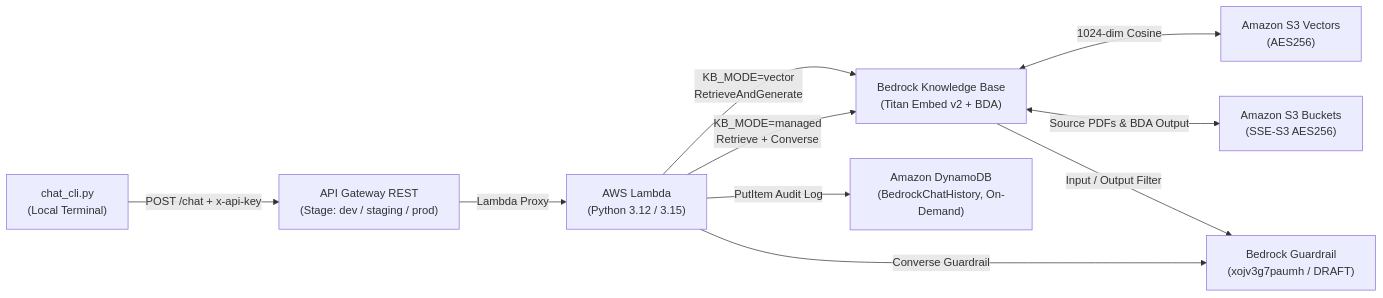
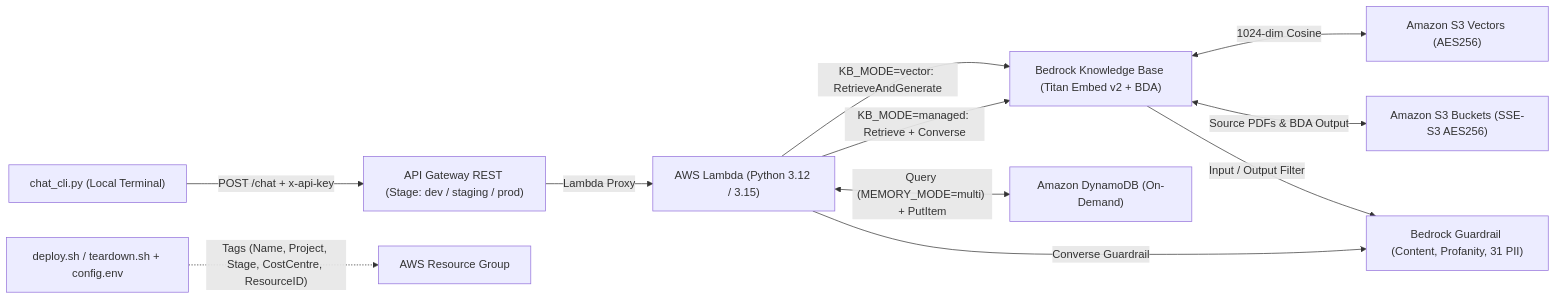
The diagram in docs/ARCHITECTURE.md (revhawk/AWS_Chatbot_experiment), drawn with Mermaid before and after one commit. The commit also changed 1 other file, not shown here.

Commit message:
Update Mermaid architecture diagram in ARCHITECTURE.md and add to README.md

````diff
--- a/docs/ARCHITECTURE.md
+++ b/docs/ARCHITECTURE.md
@@ -19,14 +19,16 @@
 ```mermaid
 flowchart LR
-    CLI["chat_cli.py<br/>(Local Terminal)"] -->|"POST /chat + x-api-key"| APIGW["API Gateway REST<br/>(Stage: dev / staging / prod)"]
-    APIGW -->|"Lambda Proxy"| LAMBDA["AWS Lambda<br/>(Python 3.12 / 3.15)"]
+    CLI["chat_cli.py (Local Terminal)"] -->|"POST /chat + x-api-key"| APIGW["API Gateway REST (Stage: dev / staging / prod)"]
+    APIGW -->|"Lambda Proxy"| LAMBDA["AWS Lambda (Python 3.12 / 3.15)"]
 
-    LAMBDA -->|"KB_MODE=vector<br/>RetrieveAndGenerate"| KB["Bedrock Knowledge Base<br/>(Titan Embed v2 + BDA)"]
-    LAMBDA -->|"KB_MODE=managed<br/>Retrieve + Converse"| KB
+    LAMBDA -->|"KB_MODE=vector: RetrieveAndGenerate"| KB["Bedrock Knowledge Base (Titan Embed v2 + BDA)"]
+    LAMBDA -->|"KB_MODE=managed: Retrieve + Converse"| KB
 
-    KB <-->|"1024-dim Cosine"| VEC["Amazon S3 Vectors<br/>(AES256)"]
-    KB <-->|"Source PDFs & BDA Output"| S3["Amazon S3 Buckets<br/>(SSE-S3 AES256)"]
-    KB -->|"Input / Output Filter"| GR["Bedrock Guardrail<br/>(xojv3g7paumh / DRAFT)"]
+    KB <-->|"1024-dim Cosine"| VEC["Amazon S3 Vectors (AES256)"]
+    KB <-->|"Source PDFs & BDA Output"| S3["Amazon S3 Buckets (SSE-S3 AES256)"]
+    KB -->|"Input / Output Filter"| GR["Bedrock Guardrail (Content, Profanity, 31 PII)"]
     LAMBDA -->|"Converse Guardrail"| GR
-    LAMBDA -->|"PutItem Audit Log"| DDB["Amazon DynamoDB<br/>(BedrockChatHistory, On-Demand)"]
+    LAMBDA <-->|"Query (MEMORY_MODE=multi) + PutItem"| DDB["Amazon DynamoDB (On-Demand)"]
+
+    DEPLOY["deploy.sh / teardown.sh + config.env"] -.->|"Tags (Name, Project, Stage, CostCentre, ResourceID)"| RG["AWS Resource Group"]
 ```
````
